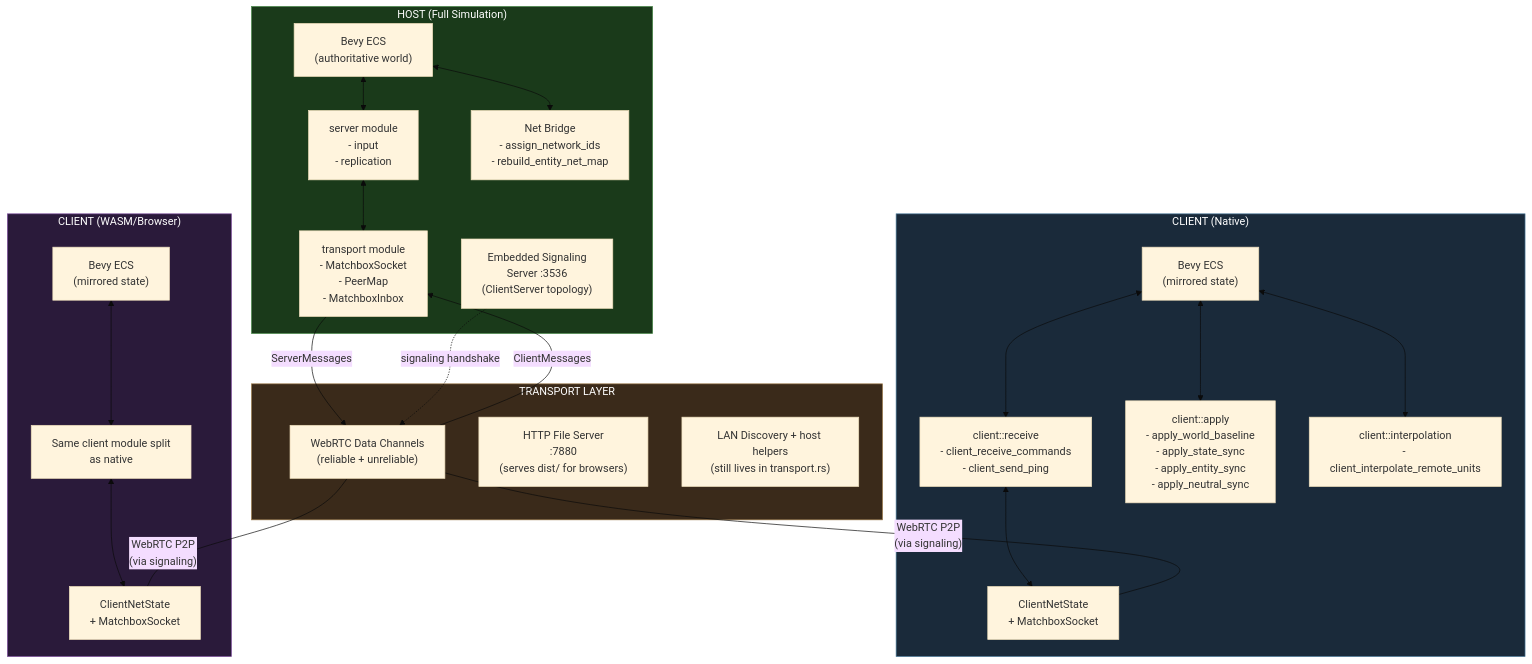
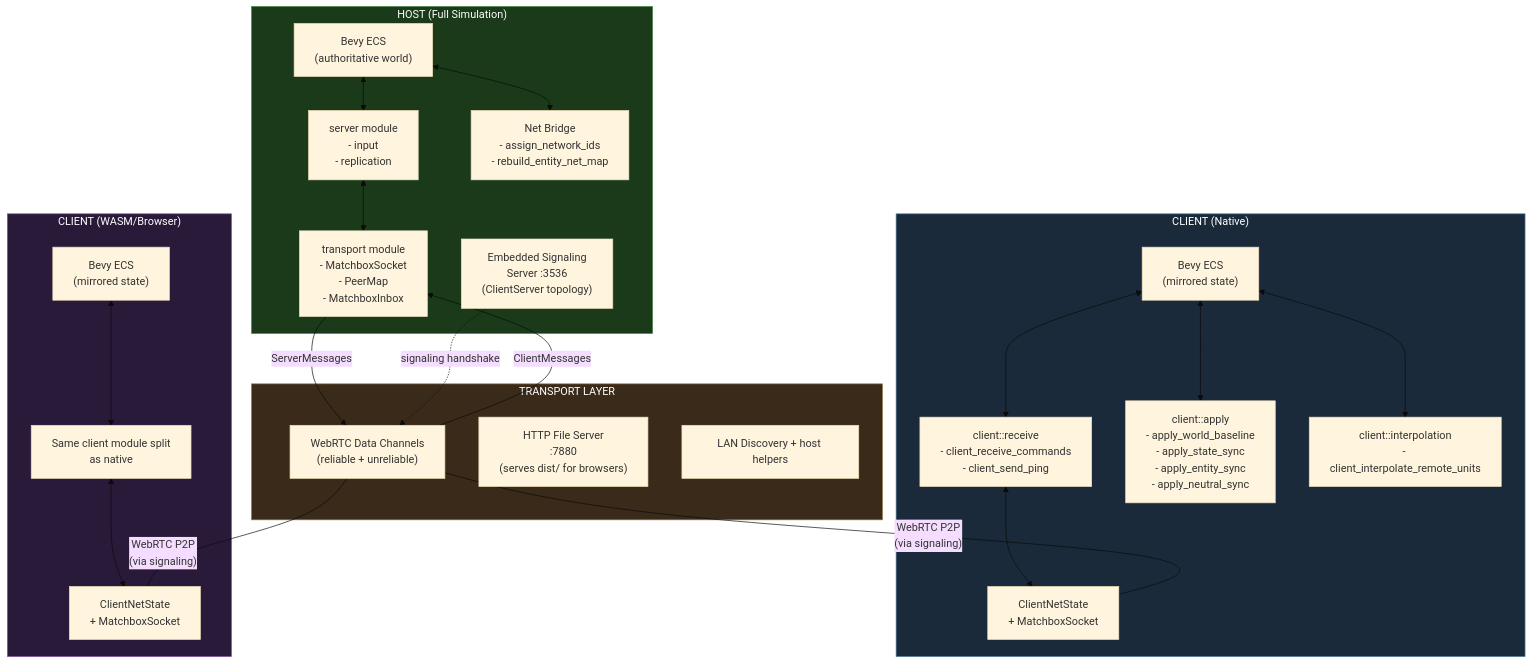
Before and after one commit to pashaydev/RTS: the first of 11 diagrams in docs/multiplayer-architecture.md, drawn with Mermaid (base theme). The commit also changed 18 other files, not shown here.

````diff
--- a/docs/multiplayer-architecture.md
+++ b/docs/multiplayer-architecture.md
@@ -13,53 +13,53 @@
 ```mermaid
 flowchart TB
     subgraph Host["HOST (Full Simulation)"]
         ECS["Bevy ECS\n(authoritative world)"]
         SRV["server module\n- input\n- replication"]
         NB["Net Bridge\n- assign_network_ids\n- rebuild_entity_net_map"]
         MBX["transport module\n- MatchboxSocket\n- PeerMap\n- MatchboxInbox"]
         SIG["Embedded Signaling\nServer :3536\n(ClientServer topology)"]
 
         ECS <--> SRV
         ECS <--> NB
         SRV <--> MBX
     end
 
     subgraph Transport["TRANSPORT LAYER"]
         WEBRTC["WebRTC Data Channels\n(reliable + unreliable)"]
         HTTP["HTTP File Server\n:7880\n(serves dist/ for browsers)"]
-        LAN["LAN Discovery + host helpers\n(still lives in transport.rs)"]
+        LAN["LAN Discovery + host helpers\n"]
     end
 
     subgraph Client1["CLIENT (Native)"]
         CECS1["Bevy ECS\n(mirrored state)"]
         CR1["client::receive\n- client_receive_commands\n- client_send_ping"]
         CA1["client::apply\n- apply_world_baseline\n- apply_state_sync\n- apply_entity_sync\n- apply_neutral_sync"]
         CI1["client::interpolation\n- client_interpolate_remote_units"]
         CNS1["ClientNetState\n+ MatchboxSocket"]
         CECS1 <--> CR1
         CECS1 <--> CA1
         CECS1 <--> CI1
         CR1 <--> CNS1
     end
 
     subgraph Client2["CLIENT (WASM/Browser)"]
         CECS2["Bevy ECS\n(mirrored state)"]
         CS2["Same client module split\nas native"]
         CNS2["ClientNetState\n+ MatchboxSocket"]
         CECS2 <--> CS2
         CS2 <--> CNS2
     end
 
     MBX -->|ServerMessages| WEBRTC
     WEBRTC -->|ClientMessages| MBX
 
     WEBRTC ---|"WebRTC P2P\n(via signaling)"| CNS1
     WEBRTC ---|"WebRTC P2P\n(via signaling)"| CNS2
 
     SIG -.->|"signaling handshake"| WEBRTC
 
     style Host fill:#1a3a1a,stroke:#4a8a4a,color:#fff
     style Client1 fill:#1a2a3a,stroke:#4a7a9a,color:#fff
     style Client2 fill:#2a1a3a,stroke:#7a4a9a,color:#fff
     style Transport fill:#3a2a1a,stroke:#9a7a4a,color:#fff
 ```
````
